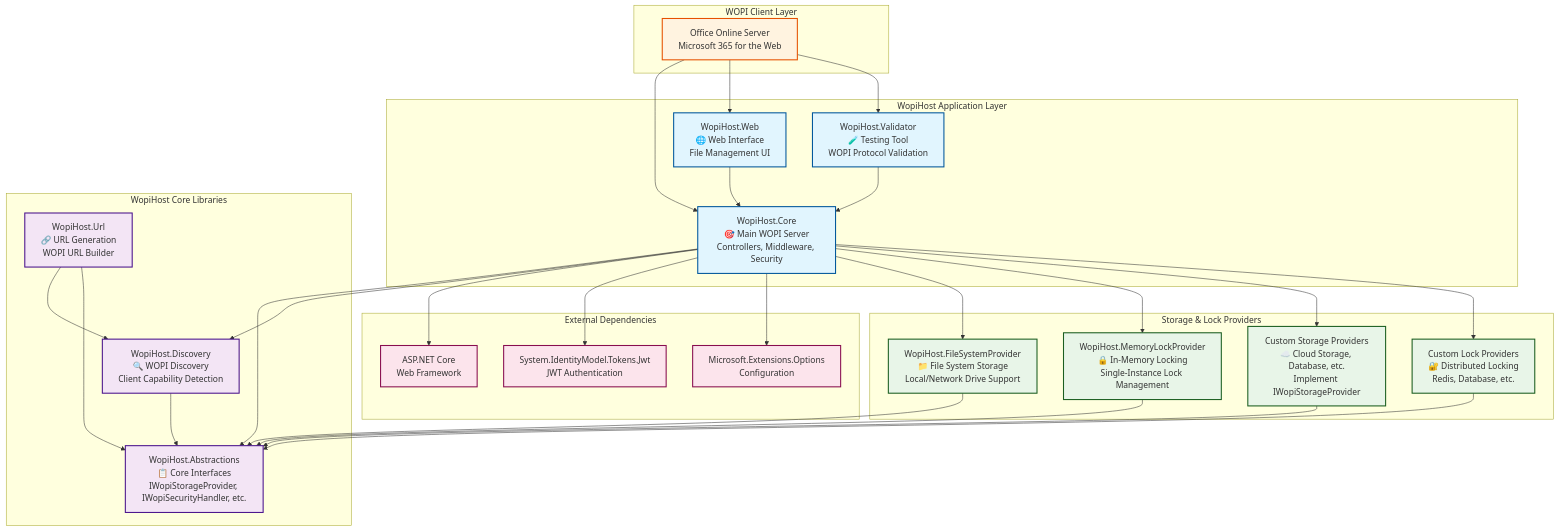
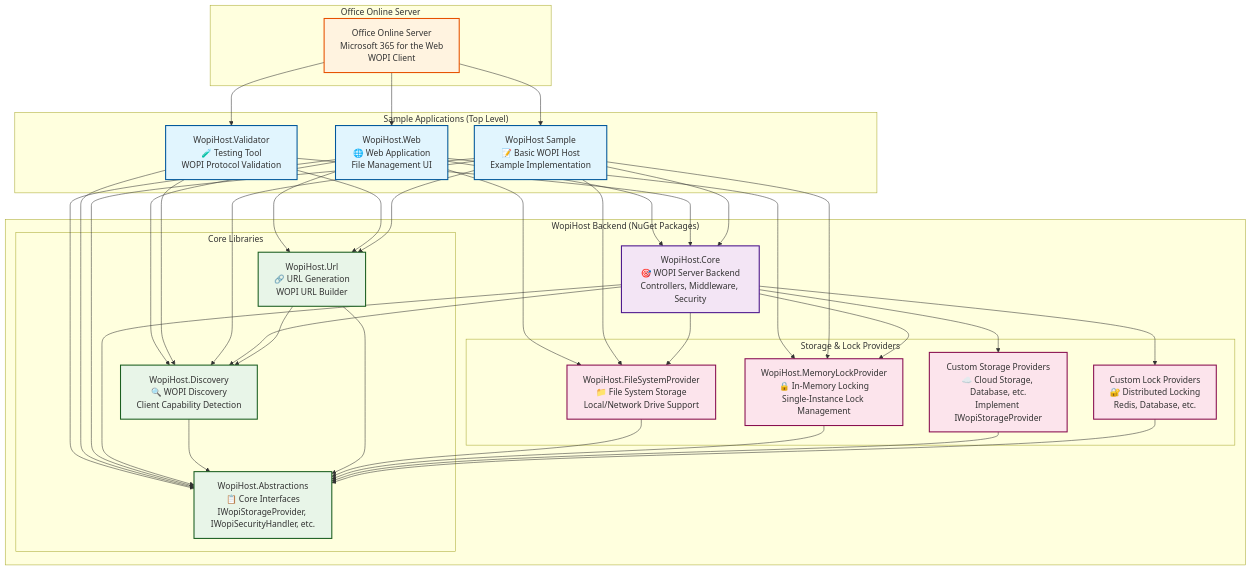
One commit to petrsvihlik/WopiHost changed the diagram in README.md. Above: the diagram before and after it, drawn with Mermaid. The commit also changed other lines of this file, not shown here.

Commit message:
updated the top level diagram

````diff
--- a/README.md
+++ b/README.md
@@ -30,49 +30,60 @@
 ```mermaid
 graph TB
-    subgraph "WOPI Client Layer"
-        OOS[Office Online Server<br/>Microsoft 365 for the Web]
+    subgraph "Sample Applications (Top Level)"
+        Web[WopiHost.Web<br/>🌐 Web Application<br/>File Management UI]
+        Validator[WopiHost.Validator<br/>🧪 Testing Tool<br/>WOPI Protocol Validation]
+        Sample[WopiHost Sample<br/>📝 Basic WOPI Host<br/>Example Implementation]
     end
     
-    subgraph "WopiHost Application Layer"
-        Core[WopiHost.Core<br/>🎯 Main WOPI Server<br/>Controllers, Middleware, Security]
-        Web[WopiHost.Web<br/>🌐 Web Interface<br/>File Management UI]
-        Validator[WopiHost.Validator<br/>🧪 Testing Tool<br/>WOPI Protocol Validation]
+    subgraph "Office Online Server"
+        OOS[Office Online Server<br/>Microsoft 365 for the Web<br/>WOPI Client]
     end
     
-    subgraph "WopiHost Core Libraries"
-        Abstractions[WopiHost.Abstractions<br/>📋 Core Interfaces<br/>IWopiStorageProvider, IWopiSecurityHandler, etc.]
-        Discovery[WopiHost.Discovery<br/>🔍 WOPI Discovery<br/>Client Capability Detection]
-        Url[WopiHost.Url<br/>🔗 URL Generation<br/>WOPI URL Builder]
+    subgraph "WopiHost Backend (NuGet Packages)"
+        Core[WopiHost.Core<br/>🎯 WOPI Server Backend<br/>Controllers, Middleware, Security]
+        
+        subgraph "Core Libraries"
+            Abstractions[WopiHost.Abstractions<br/>📋 Core Interfaces<br/>IWopiStorageProvider, IWopiSecurityHandler, etc.]
+            Discovery[WopiHost.Discovery<br/>🔍 WOPI Discovery<br/>Client Capability Detection]
+            Url[WopiHost.Url<br/>🔗 URL Generation<br/>WOPI URL Builder]
+        end
+        
+        subgraph "Storage & Lock Providers"
+            FileSystem[WopiHost.FileSystemProvider<br/>📁 File System Storage<br/>Local/Network Drive Support]
+            MemoryLock[WopiHost.MemoryLockProvider<br/>🔒 In-Memory Locking<br/>Single-Instance Lock Management]
+            CustomStorage[Custom Storage Providers<br/>☁️ Cloud Storage, Database, etc.<br/>Implement IWopiStorageProvider]
+            CustomLock[Custom Lock Providers<br/>🔐 Distributed Locking<br/>Redis, Database, etc.]
+        end
     end
     
-    subgraph "Storage & Lock Providers"
-        FileSystem[WopiHost.FileSystemProvider<br/>📁 File System Storage<br/>Local/Network Drive Support]
-        MemoryLock[WopiHost.MemoryLockProvider<br/>🔒 In-Memory Locking<br/>Single-Instance Lock Management]
-        CustomStorage[Custom Storage Providers<br/>☁️ Cloud Storage, Database, etc.<br/>Implement IWopiStorageProvider]
-        CustomLock[Custom Lock Providers<br/>🔐 Distributed Locking<br/>Redis, Database, etc.]
-    end
+    %% Sample apps use WopiHost packages
+    Web --> Core
+    Web --> Abstractions
+    Web --> Discovery
+    Web --> Url
+    Web --> FileSystem
+    Web --> MemoryLock
     
-    subgraph "External Dependencies"
-        AspNetCore[ASP.NET Core<br/>Web Framework]
-        JWT[System.IdentityModel.Tokens.Jwt<br/>JWT Authentication]
-        Options[Microsoft.Extensions.Options<br/>Configuration]
-    end
+    Validator --> Core
+    Validator --> Abstractions
+    Validator --> Discovery
+    Validator --> Url
     
-    %% Client connections
-    OOS --> Core
+    Sample --> Core
+    Sample --> Abstractions
+    Sample --> Discovery
+    Sample --> Url
+    Sample --> FileSystem
+    Sample --> MemoryLock
+    
+    %% WOPI Client communicates with sample apps
     OOS --> Web
     OOS --> Validator
+    OOS --> Sample
     
     %% Core dependencies
     Core --> Abstractions
     Core --> Discovery
-    Core --> AspNetCore
-    Core --> JWT
-    Core --> Options
-    
-    %% Web and Validator dependencies
-    Web --> Core
-    Validator --> Core
     
     %% Library dependencies
     Discovery --> Abstractions
@@ -92,15 +103,15 @@
     Core --> CustomLock
     
     %% Styling
-    classDef coreModule fill:#e1f5fe,stroke:#01579b,stroke-width:2px
-    classDef libraryModule fill:#f3e5f5,stroke:#4a148c,stroke-width:2px
-    classDef providerModule fill:#e8f5e8,stroke:#1b5e20,stroke-width:2px
-    classDef clientModule fill:#fff3e0,stroke:#e65100,stroke-width:2px
-    classDef externalModule fill:#fce4ec,stroke:#880e4f,stroke-width:2px
+    classDef sampleApp fill:#e1f5fe,stroke:#01579b,stroke-width:2px
+    classDef wopiClient fill:#fff3e0,stroke:#e65100,stroke-width:2px
+    classDef coreModule fill:#f3e5f5,stroke:#4a148c,stroke-width:2px
+    classDef libraryModule fill:#e8f5e8,stroke:#1b5e20,stroke-width:2px
+    classDef providerModule fill:#fce4ec,stroke:#880e4f,stroke-width:2px
     
-    class Core,Web,Validator coreModule
+    class Web,Validator,Sample sampleApp
+    class OOS wopiClient
+    class Core coreModule
     class Abstractions,Discovery,Url libraryModule
     class FileSystem,MemoryLock,CustomStorage,CustomLock providerModule
-    class OOS clientModule
-    class AspNetCore,JWT,Options externalModule
 ```
````
